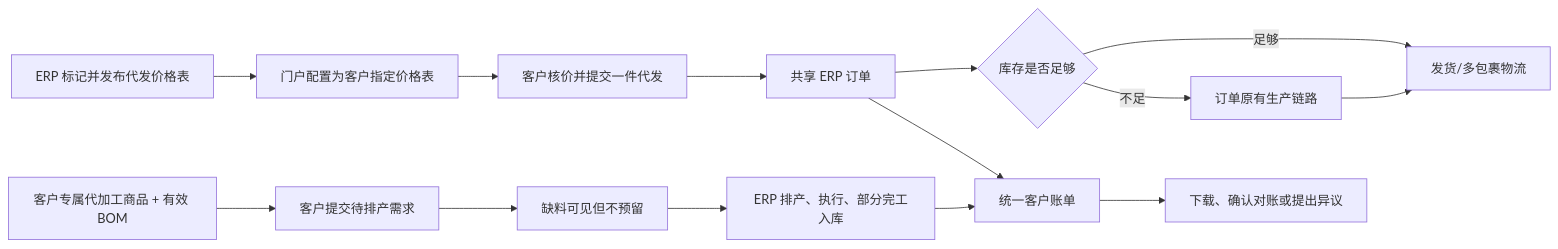
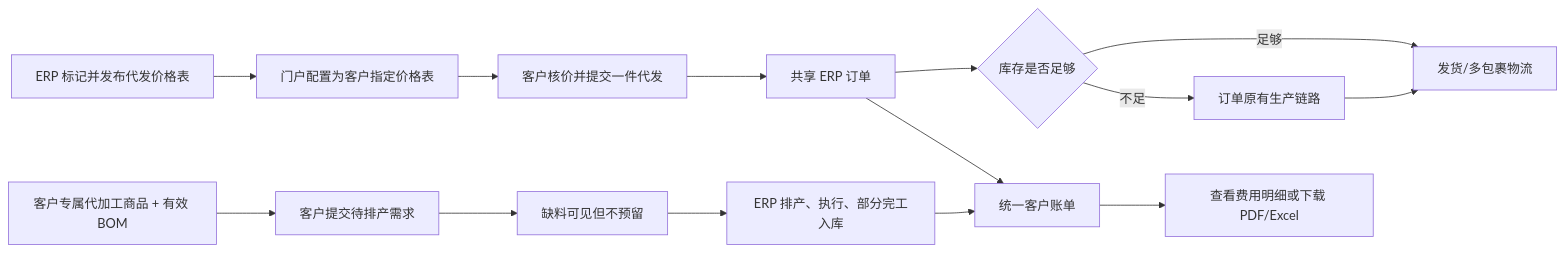
One commit to Backstage2539/KFerp changed the ninth of 9 diagrams in orderapp-remote/docs/OP_MANUAL_CUSTOMER_FULFILLMENT.md. Above: the diagram before and after it, drawn with Mermaid. The commit also changed other lines of this file and 30 other files, not shown here.

````diff
--- a/orderapp-remote/docs/OP_MANUAL_CUSTOMER_FULFILLMENT.md
+++ b/orderapp-remote/docs/OP_MANUAL_CUSTOMER_FULFILLMENT.md
@@ -456,16 +456,16 @@
 ```mermaid
 flowchart LR
   A["ERP 标记并发布代发价格表"] --> B["门户配置为客户指定价格表"]
   B --> C["客户核价并提交一件代发"]
   C --> D["共享 ERP 订单"]
   D --> E{"库存是否足够"}
   E -->|足够| F["发货/多包裹物流"]
   E -->|不足| G["订单原有生产链路"]
   G --> F
   H["客户专属代加工商品 + 有效 BOM"] --> I["客户提交待排产需求"]
   I --> J["缺料可见但不预留"]
   J --> K["ERP 排产、执行、部分完工入库"]
   D --> L["统一客户账单"]
   K --> L
-  L --> M["下载、确认对账或提出异议"]
+  L --> M["查看费用明细或下载 PDF/Excel"]
 ```
````
